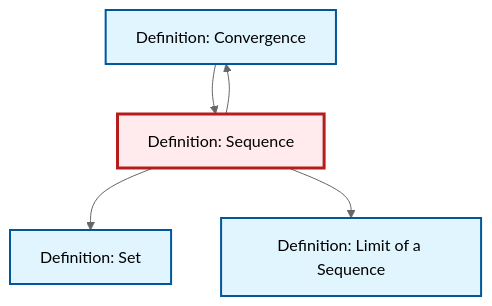
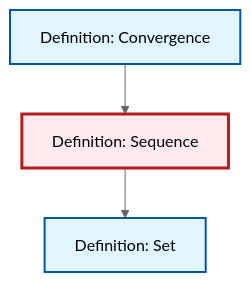
Before and after one commit to RK0429/ModernMath: the diagram in content/en/analysis/def-sequence.qmd, drawn with Mermaid (neutral theme). The commit also changed 511 other files, not shown here.

````diff
--- a/content/en/analysis/def-sequence.qmd
+++ b/content/en/analysis/def-sequence.qmd
@@ -73,22 +73,15 @@
 ```{mermaid}
 %%| fig-cap: "Local dependency graph"
 graph TD
     classDef definition fill:#e1f5fe,stroke:#01579b,stroke-width:2px
     classDef theorem fill:#f3e5f5,stroke:#4a148c,stroke-width:2px
     classDef axiom fill:#fff3e0,stroke:#e65100,stroke-width:2px
     classDef example fill:#e8f5e9,stroke:#1b5e20,stroke-width:2px
     classDef current fill:#ffebee,stroke:#b71c1c,stroke-width:3px
+    def-sequence["Definition: Sequence"]:::definition
     def-set["Definition: Set"]:::definition
     def-convergence["Definition: Convergence"]:::definition
-    def-limit["Definition: Limit of a Sequence"]:::definition
-    def-sequence["Definition: Sequence"]:::definition
     def-sequence --> def-set
-    def-sequence --> def-limit
-    def-sequence --> def-convergence
     def-convergence --> def-sequence
     class def-sequence current
-
-    click def-set "def-set.html" "Go to Set definition"
-    click def-convergence "def-convergence.html" "Go to Convergence definition"
-    click def-limit "def-limit.html" "Go to Limit of a Sequence definition"
 ```
````
